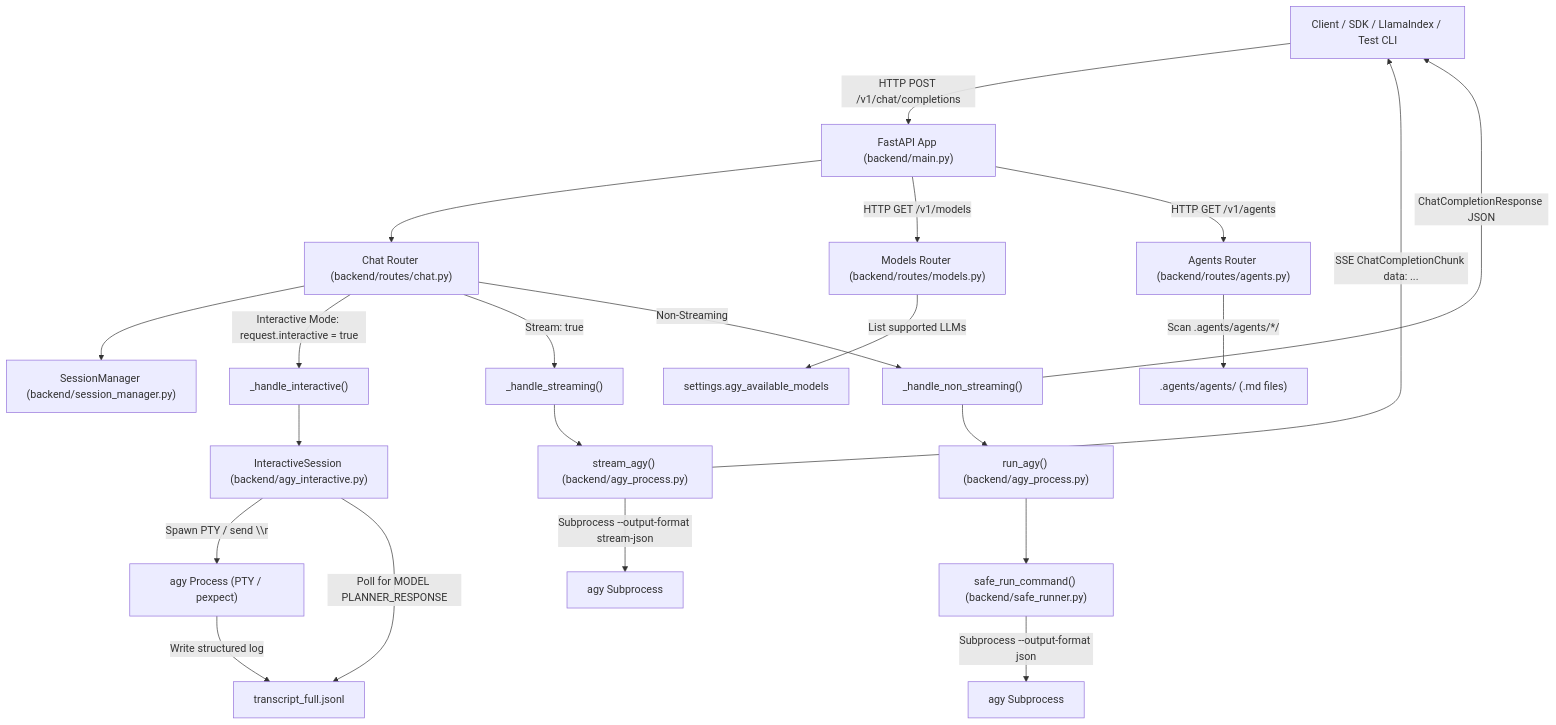
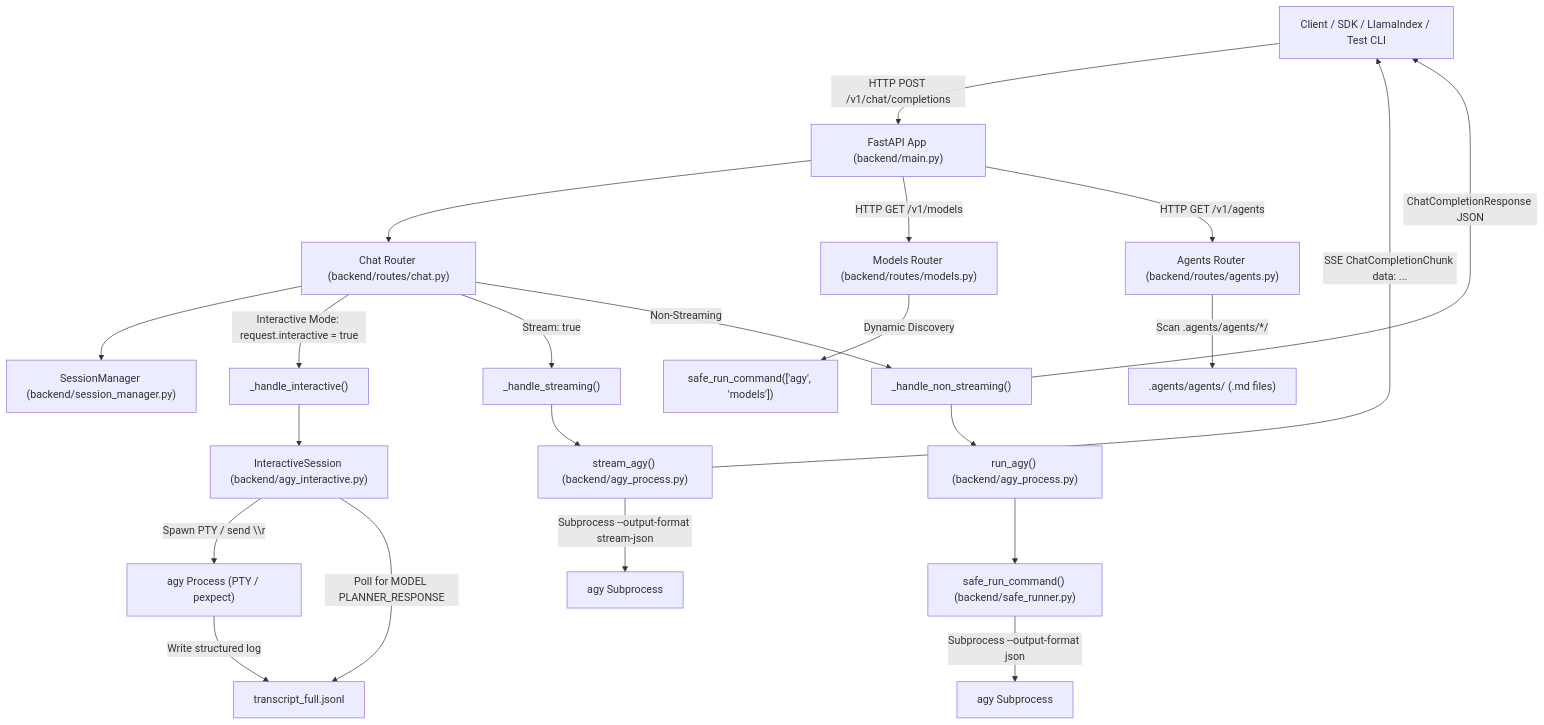
One commit to ablondel42/hebras-ai changed the diagram in AGENTS.md. Above: the diagram before and after it, drawn with Mermaid. The commit also changed other lines of this file and 13 other files, not shown here.

````diff
--- a/AGENTS.md
+++ b/AGENTS.md
@@ -26,30 +28,30 @@
 ```mermaid
 flowchart TD
     Client["Client / SDK / LlamaIndex / Test CLI"] -->|HTTP POST /v1/chat/completions| FastAPI["FastAPI App (backend/main.py)"]
     FastAPI --> ChatRouter["Chat Router (backend/routes/chat.py)"]
     ChatRouter --> SessionMgr["SessionManager (backend/session_manager.py)"]
 
     ChatRouter -->|Interactive Mode: request.interactive = true| PTYHandler["_handle_interactive()"]
     ChatRouter -->|Stream: true| StreamHandler["_handle_streaming()"]
     ChatRouter -->|Non-Streaming| SyncHandler["_handle_non_streaming()"]
 
     PTYHandler --> InteractiveSession["InteractiveSession (backend/agy_interactive.py)"]
     InteractiveSession -->|Spawn PTY / send \\r| AgyPTY["agy Process (PTY / pexpect)"]
     AgyPTY -->|Write structured log| Transcript["transcript_full.jsonl"]
     InteractiveSession -->|Poll for MODEL PLANNER_RESPONSE| Transcript
 
     StreamHandler --> StreamAgy["stream_agy() (backend/agy_process.py)"]
     StreamAgy -->|Subprocess --output-format stream-json| AgyStreamProc["agy Subprocess"]
     StreamAgy -->|SSE ChatCompletionChunk data: ...| Client
 
     SyncHandler --> RunAgy["run_agy() (backend/agy_process.py)"]
     RunAgy --> SafeRunner["safe_run_command() (backend/safe_runner.py)"]
     SafeRunner -->|Subprocess --output-format json| AgyProc["agy Subprocess"]
     SyncHandler -->|ChatCompletionResponse JSON| Client
 
     FastAPI -->|HTTP GET /v1/models| ModelsRouter["Models Router (backend/routes/models.py)"]
-    ModelsRouter -->|List supported LLMs| SupportedModels["settings.agy_available_models"]
+    ModelsRouter -->|Dynamic Discovery| AgyModelsCLI["safe_run_command(['agy', 'models'])"]
 
     FastAPI -->|HTTP GET /v1/agents| AgentsRouter["Agents Router (backend/routes/agents.py)"]
     AgentsRouter -->|Scan .agents/agents/*/| AgentConfigs[".agents/agents/ (.md files)"]
 ```
````
